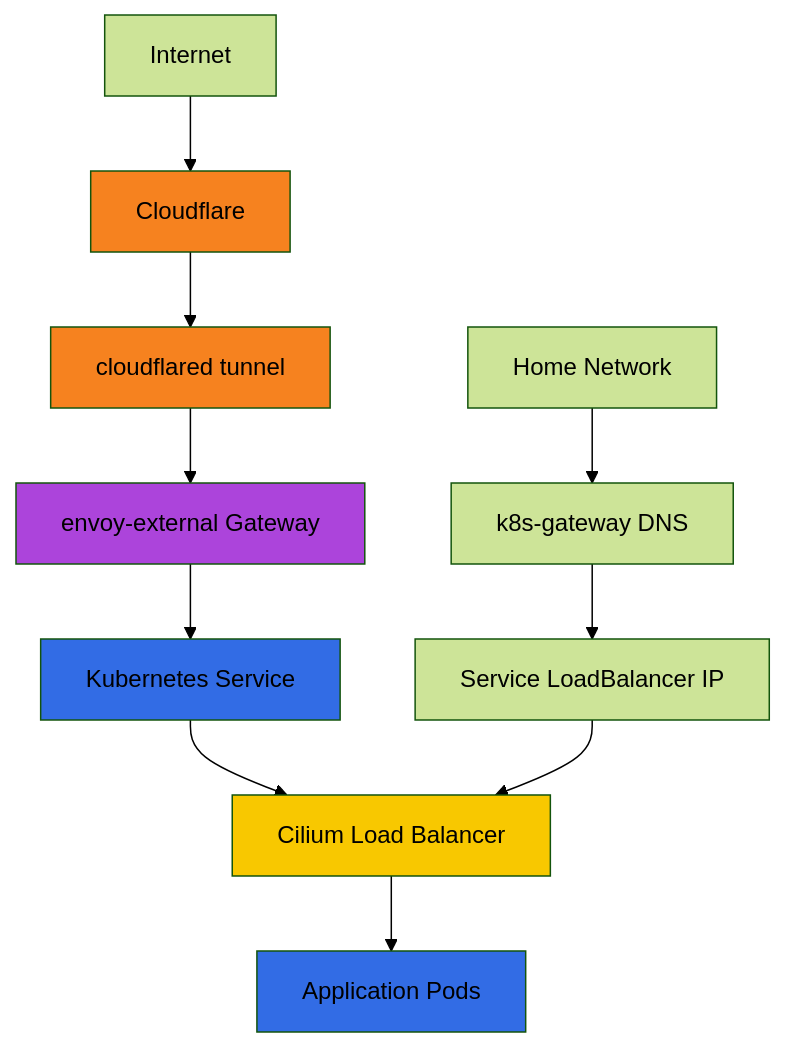
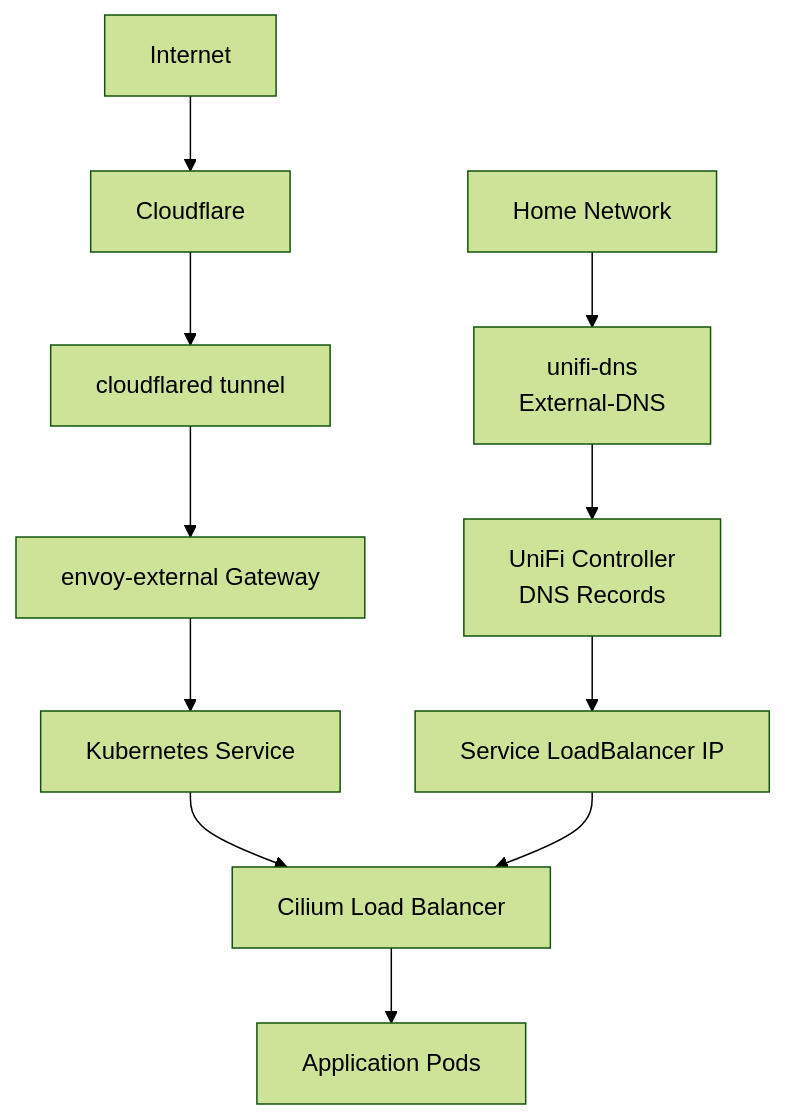
Before and after one commit to tscibilia/home-ops: the first of 3 diagrams in docs/kubernetes/networking.md, drawn with Mermaid (forest theme). The commit also changed other lines of this file and 9 other files, not shown here.

````diff
--- a/docs/kubernetes/networking.md
+++ b/docs/kubernetes/networking.md
@@ -7,20 +7,14 @@
 ```mermaid
 graph TB
     Internet[Internet] --> CF[Cloudflare]
     CF --> Tunnel[cloudflared tunnel]
     Tunnel --> EnvoyExt[envoy-external Gateway]
     EnvoyExt --> Service[Kubernetes Service]
     Service --> Cilium[Cilium Load Balancer]
     Cilium --> Pods[Application Pods]
 
-    LAN[Home Network] --> K8sGW[k8s-gateway DNS]
-    K8sGW --> ServiceLB[Service LoadBalancer IP]
+    LAN[Home Network] --> UnifiDNS[unifi-dns<br/>External-DNS]
+    UnifiDNS --> UniFi[UniFi Controller<br/>DNS Records]
+    UniFi --> ServiceLB[Service LoadBalancer IP]
     ServiceLB --> Cilium
-
-    style CF fill:#f6821f
-    style Tunnel fill:#f6821f
-    style EnvoyExt fill:#ac44db
-    style Cilium fill:#f8c800
-    style Service fill:#326ce5
-    style Pods fill:#326ce5
 ```
````
